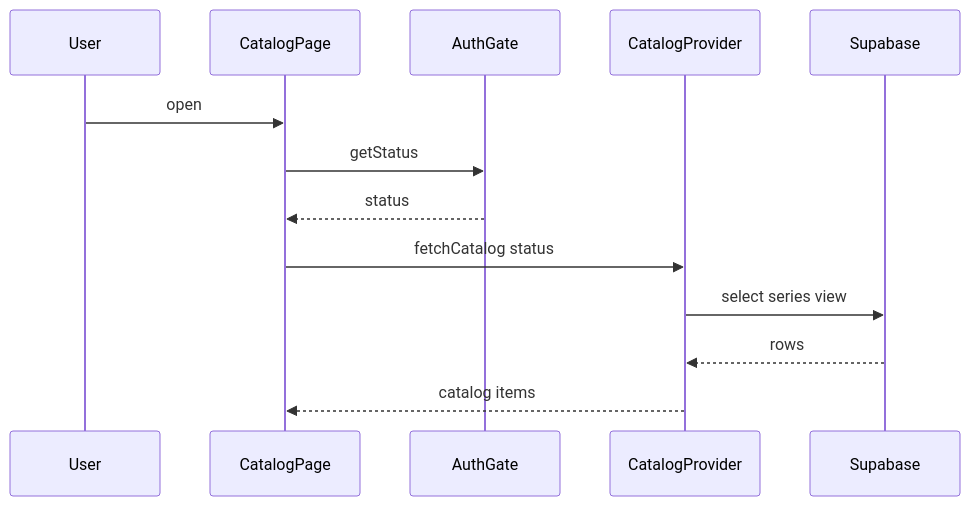
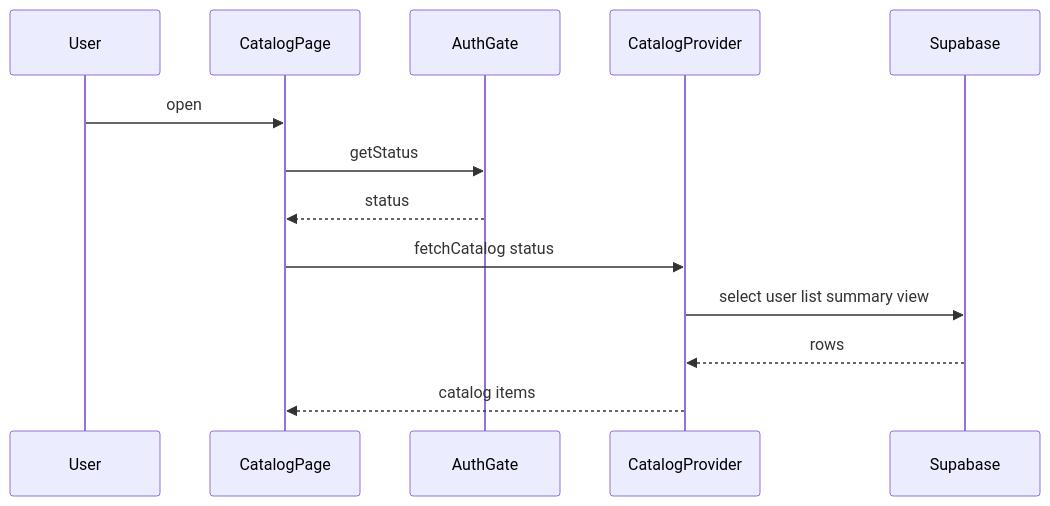
The second of 4 diagrams in .kiro/specs/oshi-list-favorites-registered-only/design.md (arinko39140/mangadouga), drawn with Mermaid before and after one commit. The commit also changed other lines of this file, not shown here.

Commit message:
Update design for user-based oshi lists

````diff
--- a/.kiro/specs/oshi-list-favorites-registered-only/design.md
+++ b/.kiro/specs/oshi-list-favorites-registered-only/design.md
@@ -106,15 +107,15 @@
 ```mermaid
 sequenceDiagram
   participant User
   participant CatalogPage
   participant AuthGate
   participant CatalogProvider
   participant Supabase
   User ->> CatalogPage: open
   CatalogPage ->> AuthGate: getStatus
   AuthGate -->> CatalogPage: status
   CatalogPage ->> CatalogProvider: fetchCatalog status
-  CatalogProvider ->> Supabase: select series view
+  CatalogProvider ->> Supabase: select user list summary view
   Supabase -->> CatalogProvider: rows
   CatalogProvider -->> CatalogPage: catalog items
 ```
````
